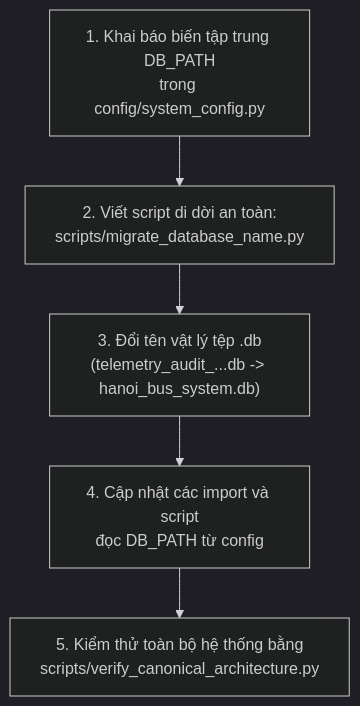
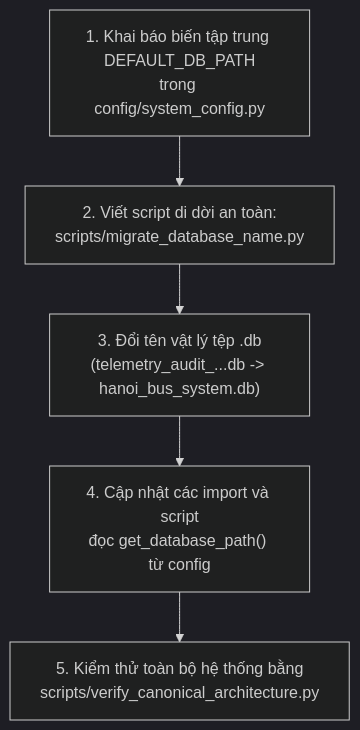
One commit to toibinguz/Bus_tracking changed the third of 3 diagrams in docs/48_COMPREHENSIVE_REMAINING_TASKS_AND_SYSTEM_ROADMAP.md. Above: the diagram before and after it, drawn with Mermaid (dark theme). The commit also changed other lines of this file, not shown here.

Commit message:
docs: add acceptance criteria and time estimates to roadmap

````diff
--- a/docs/48_COMPREHENSIVE_REMAINING_TASKS_AND_SYSTEM_ROADMAP.md
+++ b/docs/48_COMPREHENSIVE_REMAINING_TASKS_AND_SYSTEM_ROADMAP.md
@@ -243,7 +242,7 @@
 ```mermaid
 flowchart TD
-    STEP1["1. Khai báo biến tập trung DB_PATH<br/>trong config/system_config.py"] --> STEP2["2. Viết script di dời an toàn:<br/>scripts/migrate_database_name.py"]
+    STEP1["1. Khai báo biến tập trung DEFAULT_DB_PATH<br/>trong config/system_config.py"] --> STEP2["2. Viết script di dời an toàn:<br/>scripts/migrate_database_name.py"]
     STEP2 --> STEP3["3. Đổi tên vật lý tệp .db<br/>(telemetry_audit_...db -> hanoi_bus_system.db)"]
-    STEP3 --> STEP4["4. Cập nhật các import và script<br/>đọc DB_PATH từ config"]
+    STEP3 --> STEP4["4. Cập nhật các import và script<br/>đọc get_database_path() từ config"]
     STEP4 --> STEP5["5. Kiểm thử toàn bộ hệ thống bằng<br/>scripts/verify_canonical_architecture.py"]
 ```
````
